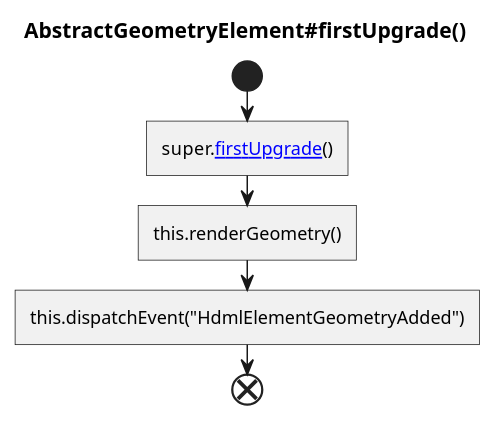
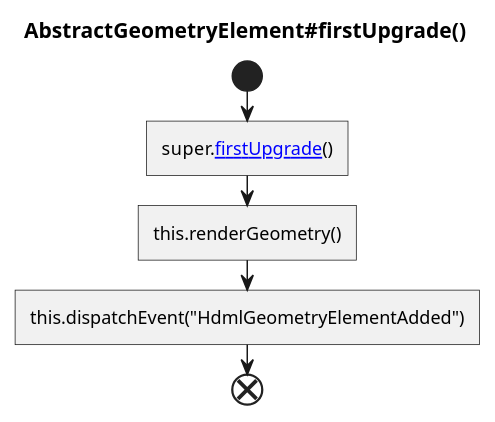
One commit to hdml-github/hdml-github.github.io changed diagram 31 of 32 in puml/renderer.puml. Above: the diagram before and after it, drawn with PlantUML. The commit also changed other lines of this file and 8 other files, not shown here.

```diff
--- a/puml/renderer.puml
+++ b/puml/renderer.puml
@@ -636,9 +701,9 @@
 @startuml AbstractGeometryElement_firstUpgrade
   title AbstractGeometryElement#firstUpgrade()
 
   start
     :super.[[./AbstractStyleElement_firstUpgrade.svg firstUpgrade]]()]
     :this.renderGeometry()]
-    :this.dispatchEvent("HdmlElementGeometryAdded")]
+    :this.dispatchEvent("HdmlGeometryElementAdded")]
   end
 @enduml
```
